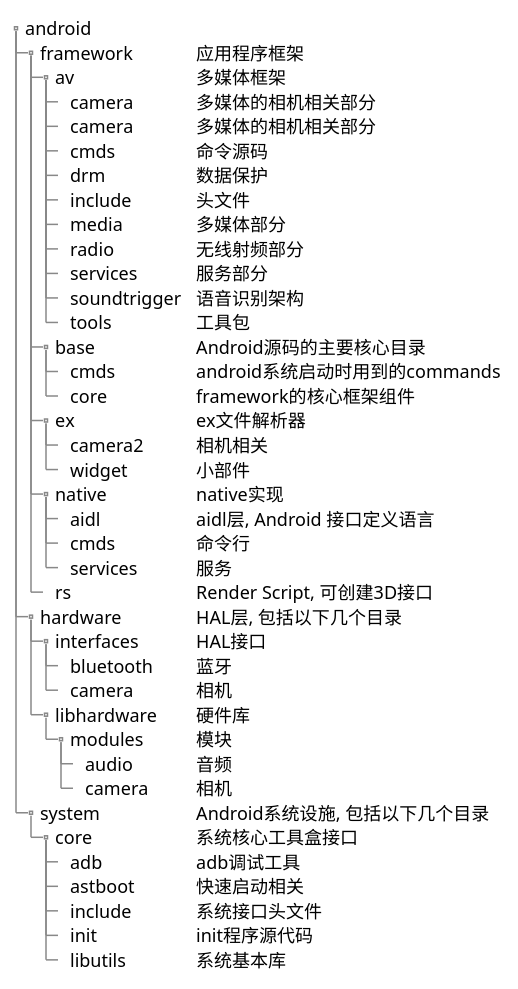
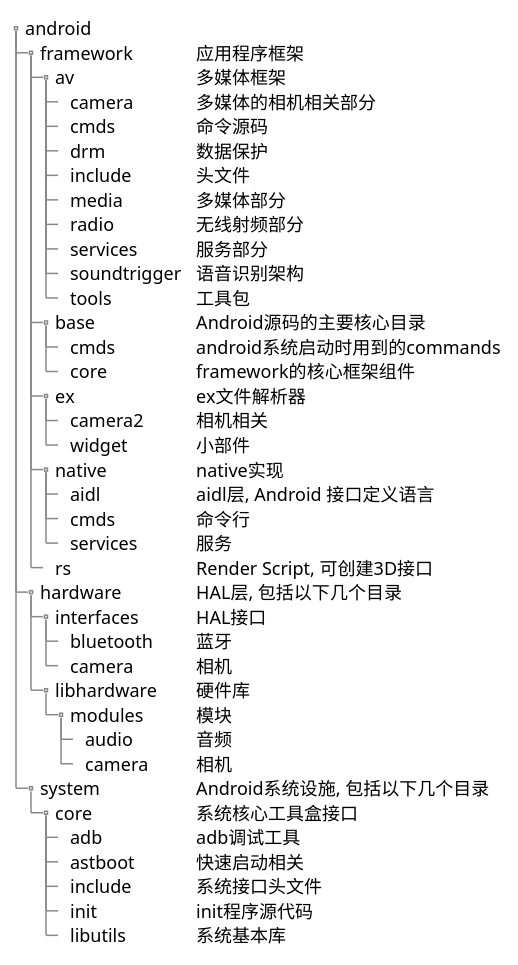
One commit to anlc/CCamera changed the diagram in doc/dir/tree.puml. Above: the diagram before and after it, drawn with PlantUML. The commit also changed 10 other files, not shown here.

```diff
--- a/doc/dir/tree.puml
+++ b/doc/dir/tree.puml
@@ -1,61 +1,60 @@
 @startsalt
 {
 {T
 + android
 ' framework ===
 ++ framework| 应用程序框架
 ' framework === av
 +++ av| 多媒体框架
-++++ camera| 多媒体的相机相关部分
 ++++ camera| 多媒体的相机相关部分
 ++++ cmds| 命令源码
 ++++ drm| 数据保护
 ++++ include| 头文件
 ++++ media| 多媒体部分
 ++++ radio| 无线射频部分
 ++++ services| 服务部分
 ++++ soundtrigger| 语音识别架构
 ++++ tools| 工具包
 
 ' framework === base
 +++ base| Android源码的主要核心目录
 ++++ cmds| android系统启动时用到的commands
 ++++ core| framework的核心框架组件
 
 ' framework === ex
 +++ ex| ex文件解析器
 ++++ camera2| 相机相关
 ++++ widget| 小部件
 +++ native| native实现
 ++++ aidl| aidl层, Android 接口定义语言
 ++++ cmds| 命令行
 ++++ services| 服务
 
 ' framework === rs
 +++ rs| Render Script, 可创建3D接口
 
 ' hardware ===
 ++ hardware|  HAL层, 包括以下几个目录
 
 ' hardware === interfaces
 +++ interfaces| HAL接口
 ++++ bluetooth| 蓝牙
 ++++ camera| 相机
 
 ' hardware === libhardware
 +++ libhardware| 硬件库
 ++++ modules| 模块
 +++++ audio| 音频
 +++++ camera| 相机
 
 ' system ===
 ++ system| Android系统设施, 包括以下几个目录
 +++ core| 系统核心工具盒接口
 ++++ adb| adb调试工具
 ++++ astboot| 快速启动相关  
 ++++ include| 系统接口头文件
 ++++ init| init程序源代码 
 ++++ libutils| 系统基本库
 }
 }
 @endsalt
```
